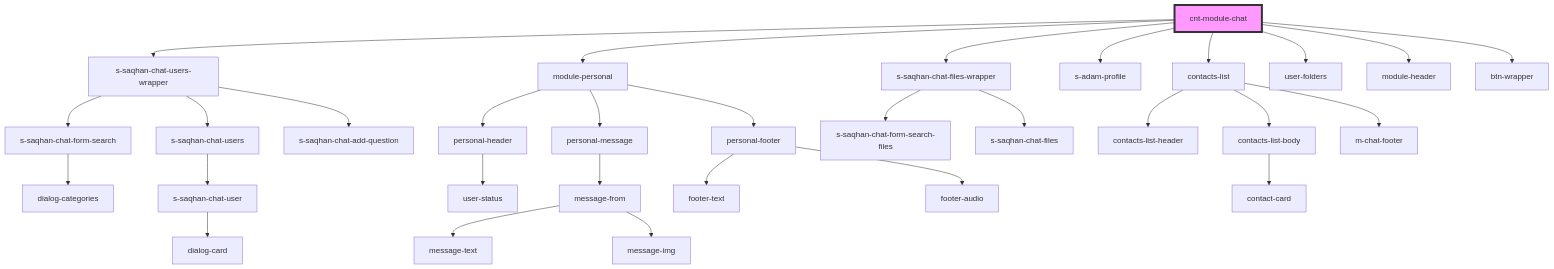
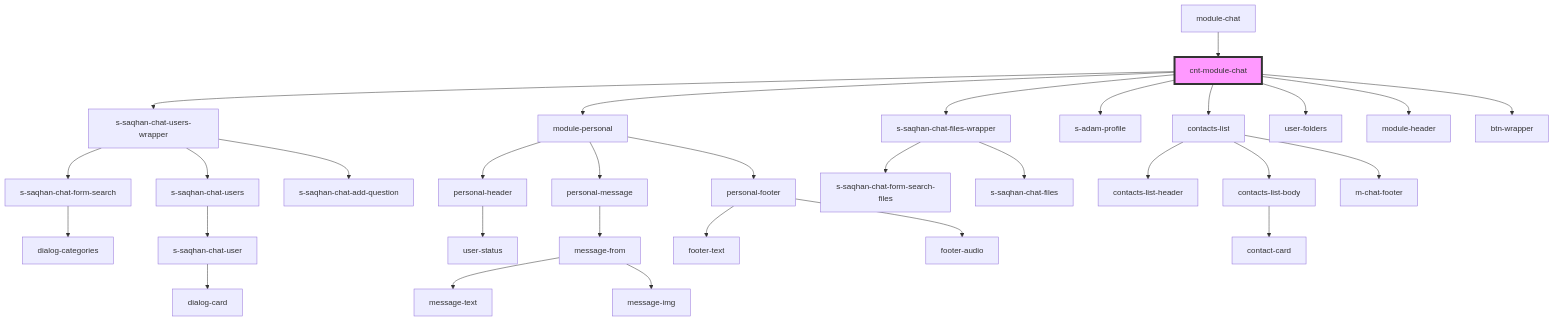
The diagram in src/components/module/module-chat/res/view/cnt-module-chat/readme.md (saqhan/stencil-chat), drawn with Mermaid before and after one commit. The commit also changed other lines of this file and 9 other files, not shown here.

````diff
--- a/src/components/module/module-chat/res/view/cnt-module-chat/readme.md
+++ b/src/components/module/module-chat/res/view/cnt-module-chat/readme.md
@@ -179,33 +183,34 @@
 ```mermaid
 graph TD;
   cnt-module-chat --> s-saqhan-chat-users-wrapper
   cnt-module-chat --> module-personal
   cnt-module-chat --> s-saqhan-chat-files-wrapper
   cnt-module-chat --> s-adam-profile
   cnt-module-chat --> contacts-list
   cnt-module-chat --> user-folders
   cnt-module-chat --> module-header
   cnt-module-chat --> btn-wrapper
   s-saqhan-chat-users-wrapper --> s-saqhan-chat-form-search
   s-saqhan-chat-users-wrapper --> s-saqhan-chat-users
   s-saqhan-chat-users-wrapper --> s-saqhan-chat-add-question
   s-saqhan-chat-form-search --> dialog-categories
   s-saqhan-chat-users --> s-saqhan-chat-user
   s-saqhan-chat-user --> dialog-card
   module-personal --> personal-header
   module-personal --> personal-message
   module-personal --> personal-footer
   personal-header --> user-status
   personal-message --> message-from
   message-from --> message-text
   message-from --> message-img
   personal-footer --> footer-text
   personal-footer --> footer-audio
   s-saqhan-chat-files-wrapper --> s-saqhan-chat-form-search-files
   s-saqhan-chat-files-wrapper --> s-saqhan-chat-files
   contacts-list --> contacts-list-header
   contacts-list --> contacts-list-body
   contacts-list --> m-chat-footer
   contacts-list-body --> contact-card
+  module-chat --> cnt-module-chat
   style cnt-module-chat fill:#f9f,stroke:#333,stroke-width:4px
 ```
````
